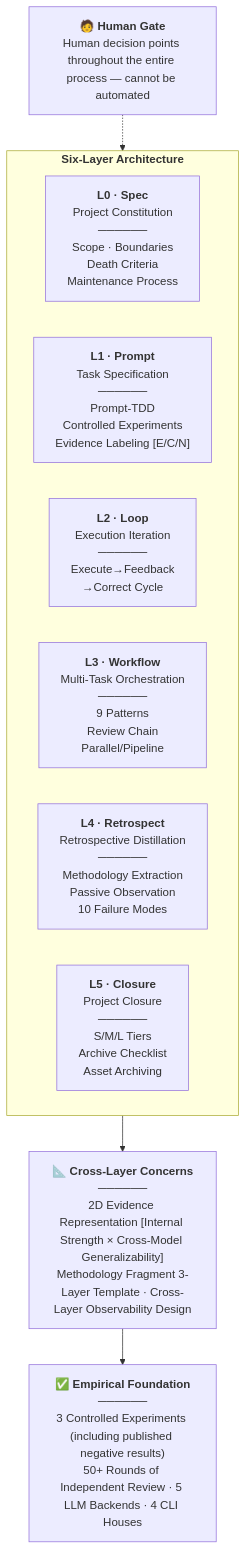
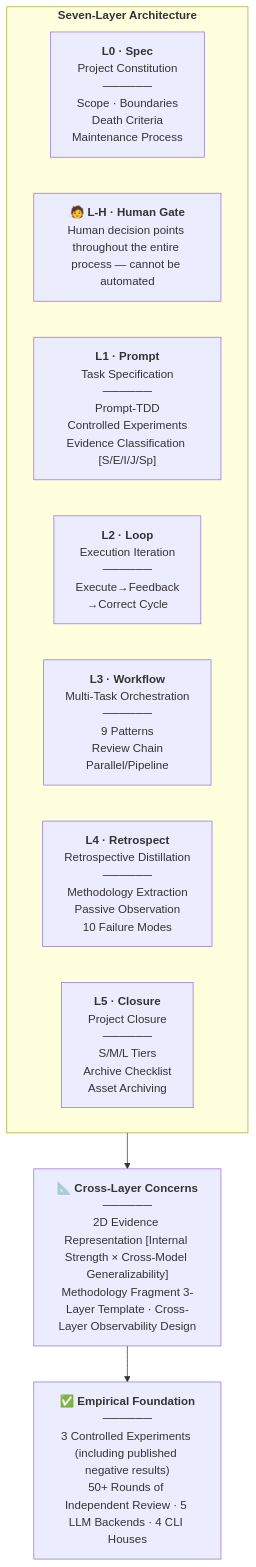
One commit to redamancy231-create/ai-collaboration-framework changed the diagram in en/README.md. Above: the diagram before and after it, drawn with Mermaid. The commit also changed other lines of this file and 2 other files, not shown here.

Commit message:
docs: 修正 README 三语三处失实（五级证据分类 / 4 个 CLI house / 七层架构）
- 证据标注 [E/C/N] → 证据分类 [S/E/I/J/Sp]（对齐主文档 §9.6 五级分类，
  框架中不存在 [E/C/N] 三级标签）
- 审查链「5 个 CLI」→「4 个 CLI house」（ZCode 是桌面客户端，严格来说
  不算 CLI；审查者跨 Claude Code / Codex / Kimi Code / Qwen 四个 CLI house，
  GLM-5.2/ZCode 为编辑者非审查者，对齐主文档 §1.8 局限 #8）
- 「六层架构」→「七层架构」（Human Gate 纳入第 7 层，对齐主文档 §1.3
  「七层 + 四跨层关切」口径）
- mermaid 图结构修正：Human Gate 从 subgraph 外移入成为 L-H 层

````diff
--- a/en/README.md
+++ b/en/README.md
@@ -19,23 +19,20 @@
 ```mermaid
 flowchart TB
-    HG["🧑 <b>Human Gate</b><br/>Human decision points throughout the entire process — cannot be automated"]
-
-    subgraph LAYERS["<b>Six-Layer Architecture</b>"]
+    subgraph LAYERS["<b>Seven-Layer Architecture</b>"]
         direction LR
         L0["<b>L0 · Spec</b><br/>Project Constitution<br/>──────<br/>Scope · Boundaries<br/>Death Criteria<br/>Maintenance Process"]
-        L1["<b>L1 · Prompt</b><br/>Task Specification<br/>──────<br/>Prompt-TDD<br/>Controlled Experiments<br/>Evidence Labeling [E/C/N]"]
+        LH["🧑 <b>L-H · Human Gate</b><br/>Human decision points throughout the entire process — cannot be automated"]
+        L1["<b>L1 · Prompt</b><br/>Task Specification<br/>──────<br/>Prompt-TDD<br/>Controlled Experiments<br/>Evidence Classification [S/E/I/J/Sp]"]
         L2["<b>L2 · Loop</b><br/>Execution Iteration<br/>──────<br/>Execute→Feedback<br/>→Correct Cycle"]
         L3["<b>L3 · Workflow</b><br/>Multi-Task Orchestration<br/>──────<br/>9 Patterns<br/>Review Chain<br/>Parallel/Pipeline"]
         L4["<b>L4 · Retrospect</b><br/>Retrospective Distillation<br/>──────<br/>Methodology Extraction<br/>Passive Observation<br/>10 Failure Modes"]
         L5["<b>L5 · Closure</b><br/>Project Closure<br/>──────<br/>S/M/L Tiers<br/>Archive Checklist<br/>Asset Archiving"]
     end
-
-    HG -.-> LAYERS
 
     CROSS["📐 <b>Cross-Layer Concerns</b><br/>──────<br/>2D Evidence Representation [Internal Strength × Cross-Model Generalizability]<br/>Methodology Fragment 3-Layer Template · Cross-Layer Observability Design"]
 
     EMPIRICAL["✅ <b>Empirical Foundation</b><br/>──────<br/>3 Controlled Experiments (including published negative results)<br/>50+ Rounds of Independent Review · 5 LLM Backends · 4 CLI Houses"]
 
     LAYERS --> CROSS
     CROSS --> EMPIRICAL
 ```
````
